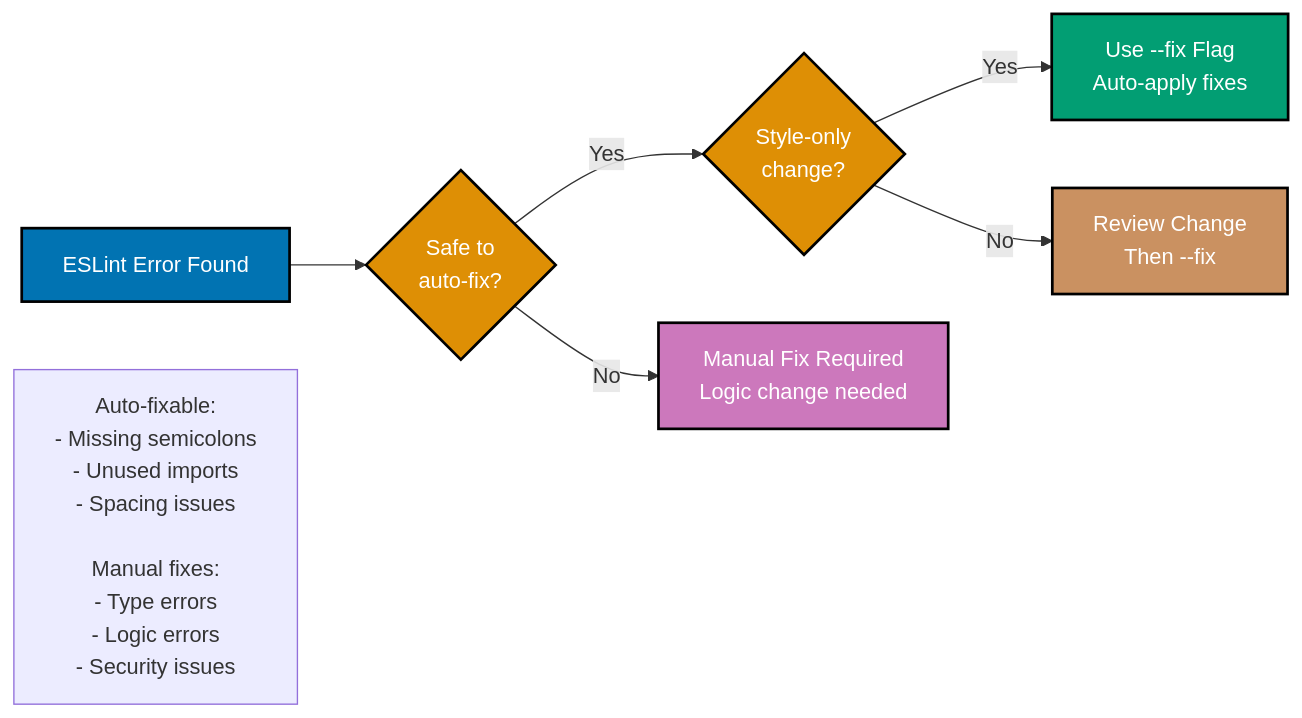
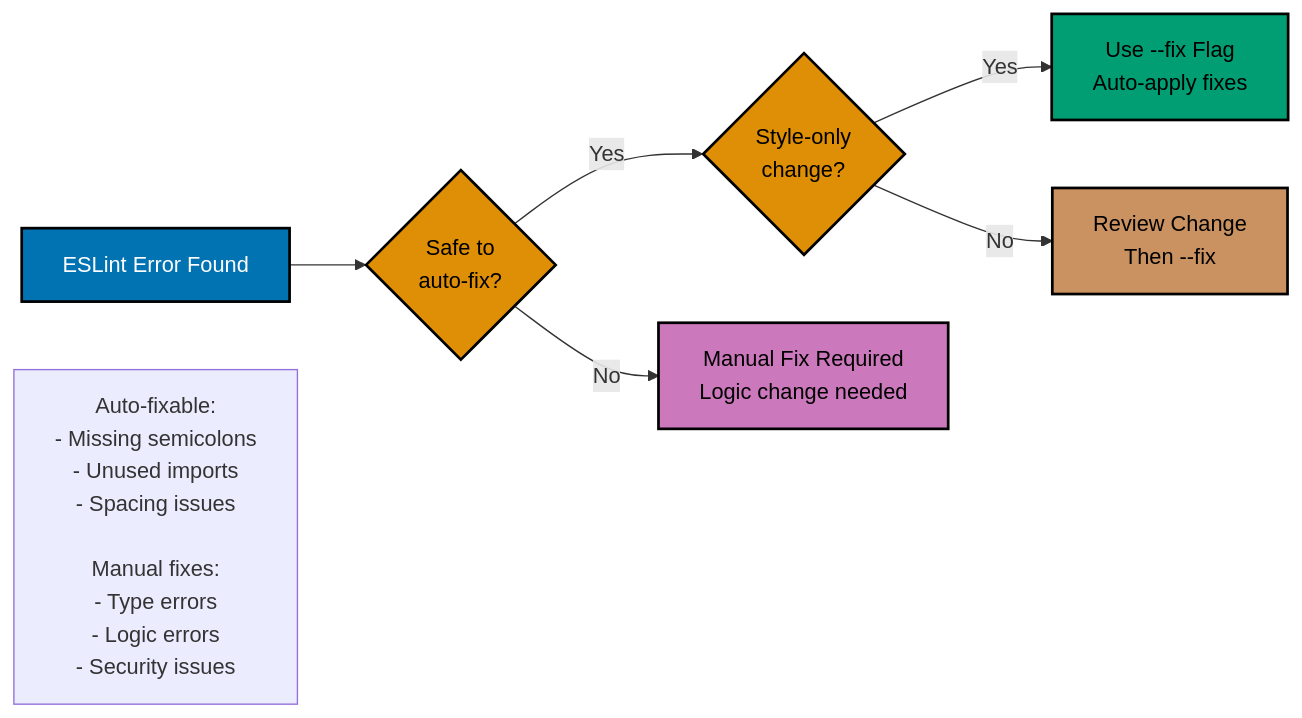
Before and after one commit to wahidyankf/ose-public: the fourth of 6 diagrams in docs/explanation/software-engineering/programming-languages/typescript/linting-and-formatting.md, drawn with Mermaid. The commit also changed other lines of this file and 57 other files, not shown here.

First line of the commit message:
docs(diagrams): make docs diagrams accessible

````diff
--- a/docs/explanation/software-engineering/programming-languages/typescript/linting-and-formatting.md
+++ b/docs/explanation/software-engineering/programming-languages/typescript/linting-and-formatting.md
@@ -195,24 +201,26 @@
 ```mermaid
 %% Color Palette: Blue #0173B2, Orange #DE8F05, Teal #029E73, Purple #CC78BC, Brown #CA9161
 graph LR
+    accTitle: Auto-fix vs Manual Fix Decision
+    accDescr: Use leads to fix Flag Auto-apply fixes; Review Change Then leads to fix; ESLint Error Found leads to Safe to auto-fix?; Safe to auto-fix? leads to Style-only change? via Yes; and 3 more links.
     Start["ESLint Error Found"]:::blue
     SafeRule{"Safe to<br/>auto-fix?"}:::orange
     StyleOnly{"Style-only<br/>change?"}:::orange
     UseAutoFix["Use --fix Flag<br/>Auto-apply fixes"]:::teal
     ReviewChange["Review Change<br/>Then --fix"]:::brown
     ManualFix["Manual Fix Required<br/>Logic change needed"]:::purple
 
     Start --> SafeRule
     SafeRule -->|Yes| StyleOnly
     SafeRule -->|No| ManualFix
     StyleOnly -->|Yes| UseAutoFix
     StyleOnly -->|No| ReviewChange
 
     Examples["Auto-fixable:<br/>- Missing semicolons<br/>- Unused imports<br/>- Spacing issues<br/><br/>Manual fixes:<br/>- Type errors<br/>- Logic errors<br/>- Security issues"]
 
     classDef blue fill:#0173B2,stroke:#000000,color:#FFFFFF,stroke-width:2px
-    classDef orange fill:#DE8F05,stroke:#000000,color:#FFFFFF,stroke-width:2px
-    classDef teal fill:#029E73,stroke:#000000,color:#FFFFFF,stroke-width:2px
-    classDef purple fill:#CC78BC,stroke:#000000,color:#FFFFFF,stroke-width:2px
-    classDef brown fill:#CA9161,stroke:#000000,color:#FFFFFF,stroke-width:2px
+    classDef orange fill:#DE8F05,stroke:#000000,color:#000000,stroke-width:2px
+    classDef teal fill:#029E73,stroke:#000000,color:#000000,stroke-width:2px
+    classDef purple fill:#CC78BC,stroke:#000000,color:#000000,stroke-width:2px
+    classDef brown fill:#CA9161,stroke:#000000,color:#000000,stroke-width:2px
 ```
````
